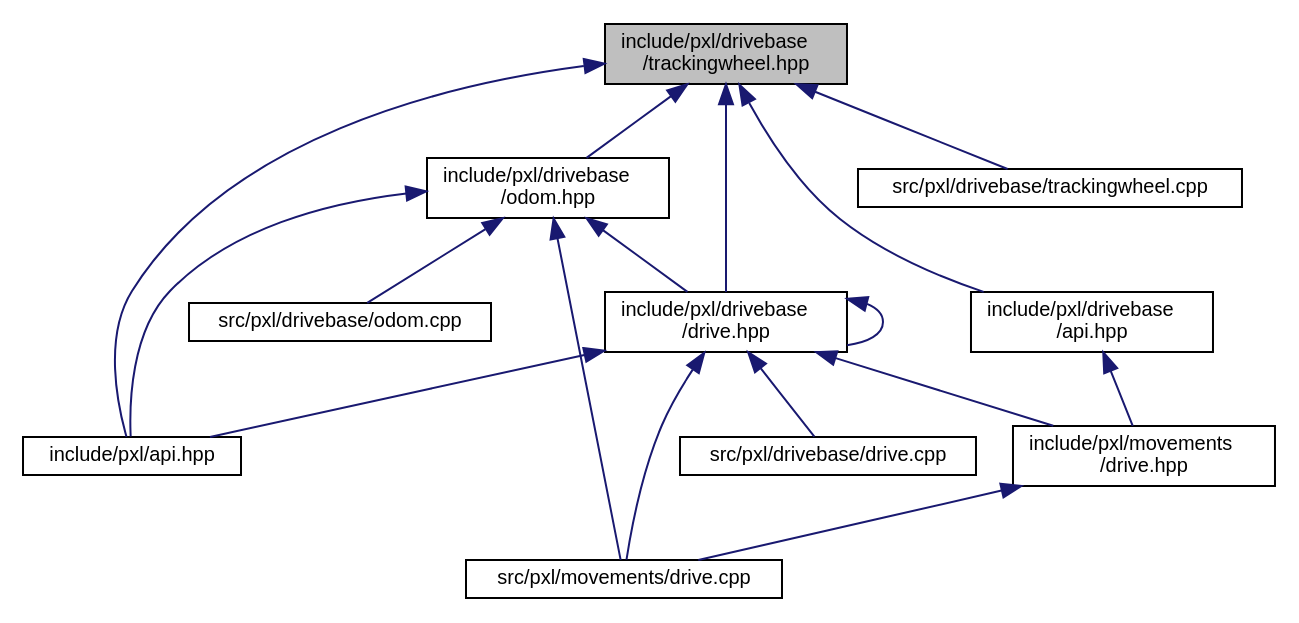
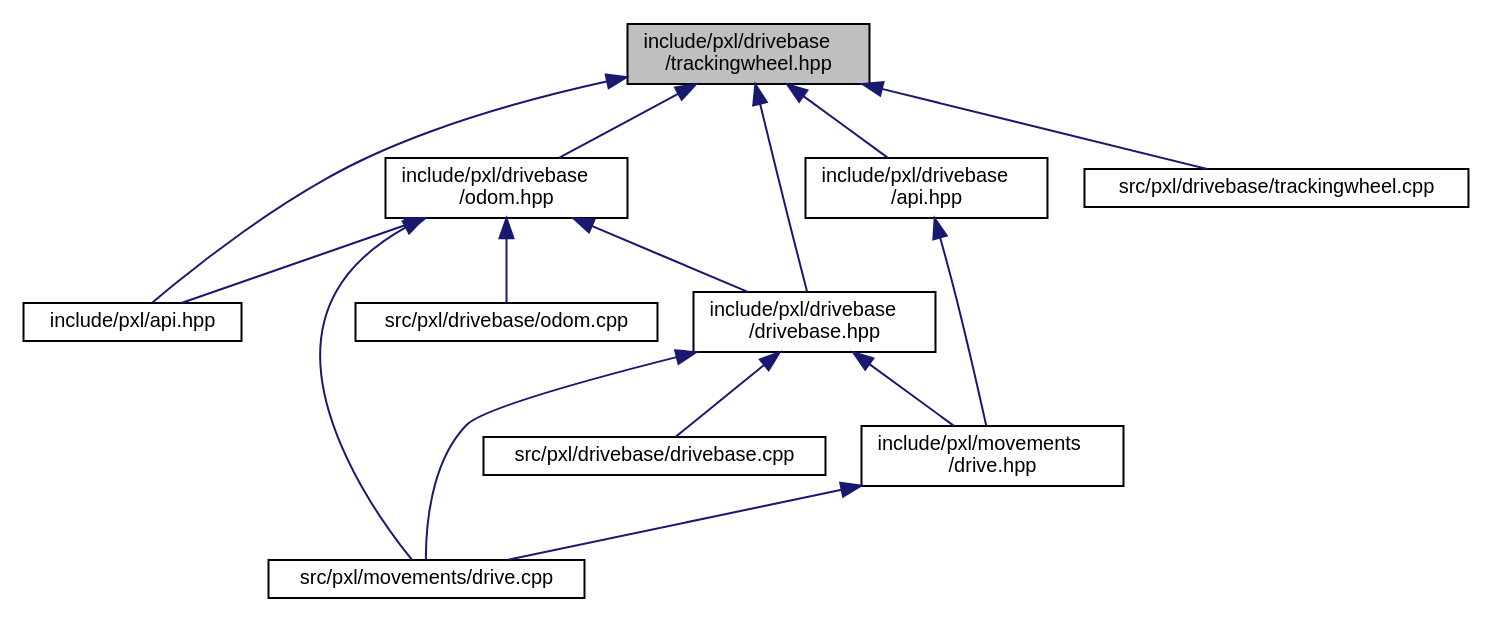
One commit to Pixel-Lib/Pixel changed the diagram in trackingwheel_8hpp__dep__incl.dot. Above: the diagram before and after it, drawn with Graphviz. The commit also changed 130 other files, not shown here.

```diff
--- a/trackingwheel_8hpp__dep__incl.dot
+++ b/trackingwheel_8hpp__dep__incl.dot
@@ -1,32 +1,30 @@
 digraph "include/pxl/drivebase/trackingwheel.hpp"
 {
  // LATEX_PDF_SIZE
   edge [fontname="Helvetica",fontsize="10",labelfontname="Helvetica",labelfontsize="10"];
   node [fontname="Helvetica",fontsize="10",shape=record];
   Node1 [label="include/pxl/drivebase\l/trackingwheel.hpp",height=0.2,width=0.4,color="black", fillcolor="grey75", style="filled", fontcolor="black",tooltip=" "];
   Node1 -> Node2 [dir="back",color="midnightblue",fontsize="10",style="solid",fontname="Helvetica"];
   Node2 [label="include/pxl/api.hpp",height=0.2,width=0.4,color="black", fillcolor="white", style="filled",URL="$api_8hpp.html",tooltip=" "];
   Node1 -> Node3 [dir="back",color="midnightblue",fontsize="10",style="solid",fontname="Helvetica"];
   Node3 [label="include/pxl/drivebase\l/api.hpp",height=0.2,width=0.4,color="black", fillcolor="white", style="filled",URL="$drivebase_2api_8hpp.html",tooltip=" "];
   Node3 -> Node4 [dir="back",color="midnightblue",fontsize="10",style="solid",fontname="Helvetica"];
-  Node4 [label="include/pxl/movements\l/drive.hpp",height=0.2,width=0.4,color="black", fillcolor="white", style="filled",URL="$movements_2drive_8hpp.html",tooltip=" "];
+  Node4 [label="include/pxl/movements\l/drive.hpp",height=0.2,width=0.4,color="black", fillcolor="white", style="filled",URL="$drive_8hpp.html",tooltip=" "];
   Node4 -> Node5 [dir="back",color="midnightblue",fontsize="10",style="solid",fontname="Helvetica"];
-  Node5 [label="src/pxl/movements/drive.cpp",height=0.2,width=0.4,color="black", fillcolor="white", style="filled",URL="$movements_2drive_8cpp.html",tooltip=" "];
+  Node5 [label="src/pxl/movements/drive.cpp",height=0.2,width=0.4,color="black", fillcolor="white", style="filled",URL="$drive_8cpp.html",tooltip=" "];
   Node1 -> Node6 [dir="back",color="midnightblue",fontsize="10",style="solid",fontname="Helvetica"];
-  Node6 [label="include/pxl/drivebase\l/drive.hpp",height=0.2,width=0.4,color="black", fillcolor="white", style="filled",URL="$drivebase_2drive_8hpp.html",tooltip=" "];
-  Node6 -> Node2 [dir="back",color="midnightblue",fontsize="10",style="solid",fontname="Helvetica"];
-  Node6 -> Node6 [dir="back",color="midnightblue",fontsize="10",style="solid",fontname="Helvetica"];
+  Node6 [label="include/pxl/drivebase\l/drivebase.hpp",height=0.2,width=0.4,color="black", fillcolor="white", style="filled",URL="$drivebase_8hpp.html",tooltip=" "];
   Node6 -> Node4 [dir="back",color="midnightblue",fontsize="10",style="solid",fontname="Helvetica"];
   Node6 -> Node7 [dir="back",color="midnightblue",fontsize="10",style="solid",fontname="Helvetica"];
-  Node7 [label="src/pxl/drivebase/drive.cpp",height=0.2,width=0.4,color="black", fillcolor="white", style="filled",URL="$drivebase_2drive_8cpp.html",tooltip=" "];
+  Node7 [label="src/pxl/drivebase/drivebase.cpp",height=0.2,width=0.4,color="black", fillcolor="white", style="filled",URL="$drivebase_8cpp.html",tooltip=" "];
   Node6 -> Node5 [dir="back",color="midnightblue",fontsize="10",style="solid",fontname="Helvetica"];
   Node1 -> Node8 [dir="back",color="midnightblue",fontsize="10",style="solid",fontname="Helvetica"];
   Node8 [label="include/pxl/drivebase\l/odom.hpp",height=0.2,width=0.4,color="black", fillcolor="white", style="filled",URL="$odom_8hpp.html",tooltip=" "];
   Node8 -> Node2 [dir="back",color="midnightblue",fontsize="10",style="solid",fontname="Helvetica"];
   Node8 -> Node6 [dir="back",color="midnightblue",fontsize="10",style="solid",fontname="Helvetica"];
   Node8 -> Node9 [dir="back",color="midnightblue",fontsize="10",style="solid",fontname="Helvetica"];
   Node9 [label="src/pxl/drivebase/odom.cpp",height=0.2,width=0.4,color="black", fillcolor="white", style="filled",URL="$odom_8cpp.html",tooltip=" "];
   Node8 -> Node5 [dir="back",color="midnightblue",fontsize="10",style="solid",fontname="Helvetica"];
   Node1 -> Node10 [dir="back",color="midnightblue",fontsize="10",style="solid",fontname="Helvetica"];
   Node10 [label="src/pxl/drivebase/trackingwheel.cpp",height=0.2,width=0.4,color="black", fillcolor="white", style="filled",URL="$trackingwheel_8cpp.html",tooltip=" "];
 }
```
